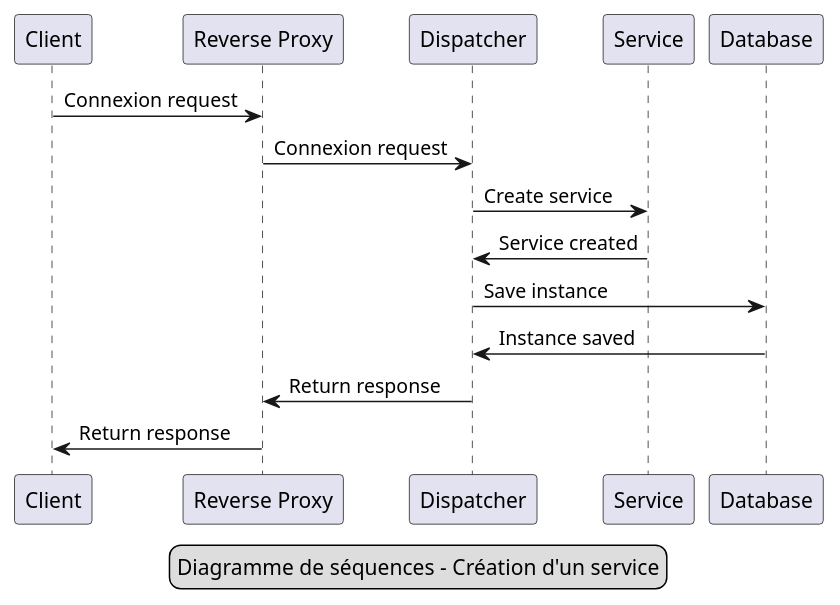
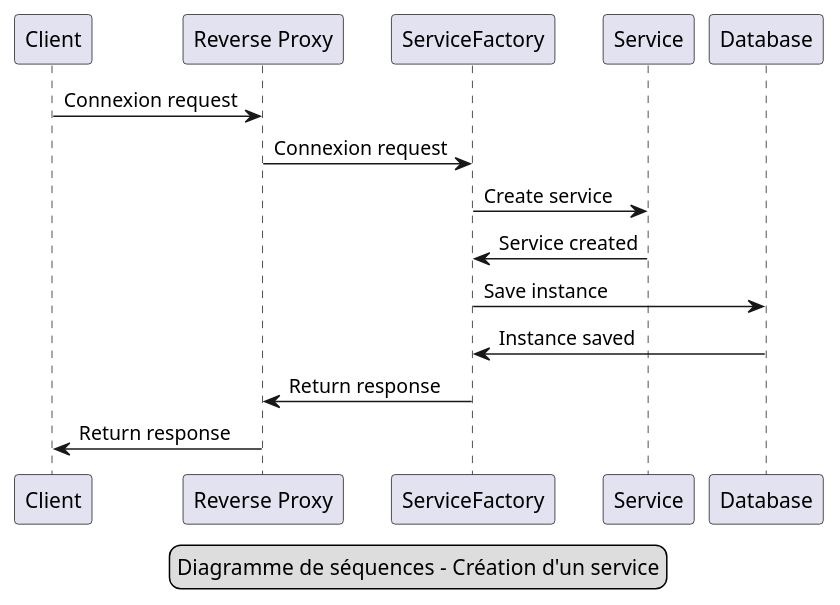
One commit to traderbook/documentation changed the first of 15 diagrams in dev-docs/specs/techniques/stdservice.adoc. Above: the diagram before and after it, drawn with PlantUML. The commit also changed other lines of this file and 3 other files, not shown here.

Commit message:
Updated to Service Factory

```diff
--- a/dev-docs/specs/techniques/stdservice.adoc
+++ b/dev-docs/specs/techniques/stdservice.adoc
@@ -20,17 +20,17 @@
 [plantuml, format="svg"]
 ....
 
 legend
 Diagramme de séquences - Création d'un service
 endlegend
 
 Client -> "Reverse Proxy": Connexion request
-"Reverse Proxy" -> Dispatcher: Connexion request
-Dispatcher -> Service: Create service
+"Reverse Proxy" -> ServiceFactory: Connexion request
+ServiceFactory -> Service: Create service
 
-Dispatcher <- Service: Service created
-Dispatcher -> Database: Save instance
-Dispatcher <- Database: Instance saved
-"Reverse Proxy" <- Dispatcher: Return response
+ServiceFactory <- Service: Service created
+ServiceFactory -> Database: Save instance
+ServiceFactory <- Database: Instance saved
+"Reverse Proxy" <- ServiceFactory: Return response
 Client <- "Reverse Proxy": Return response
 ....
```
